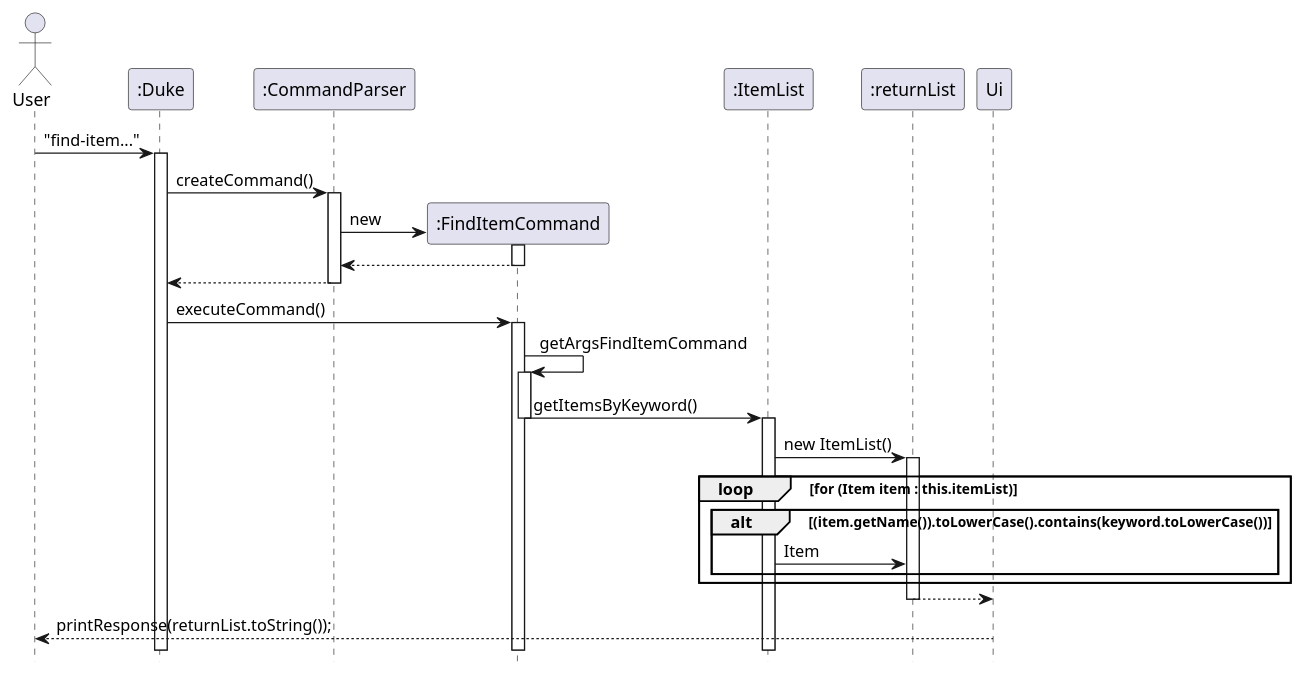
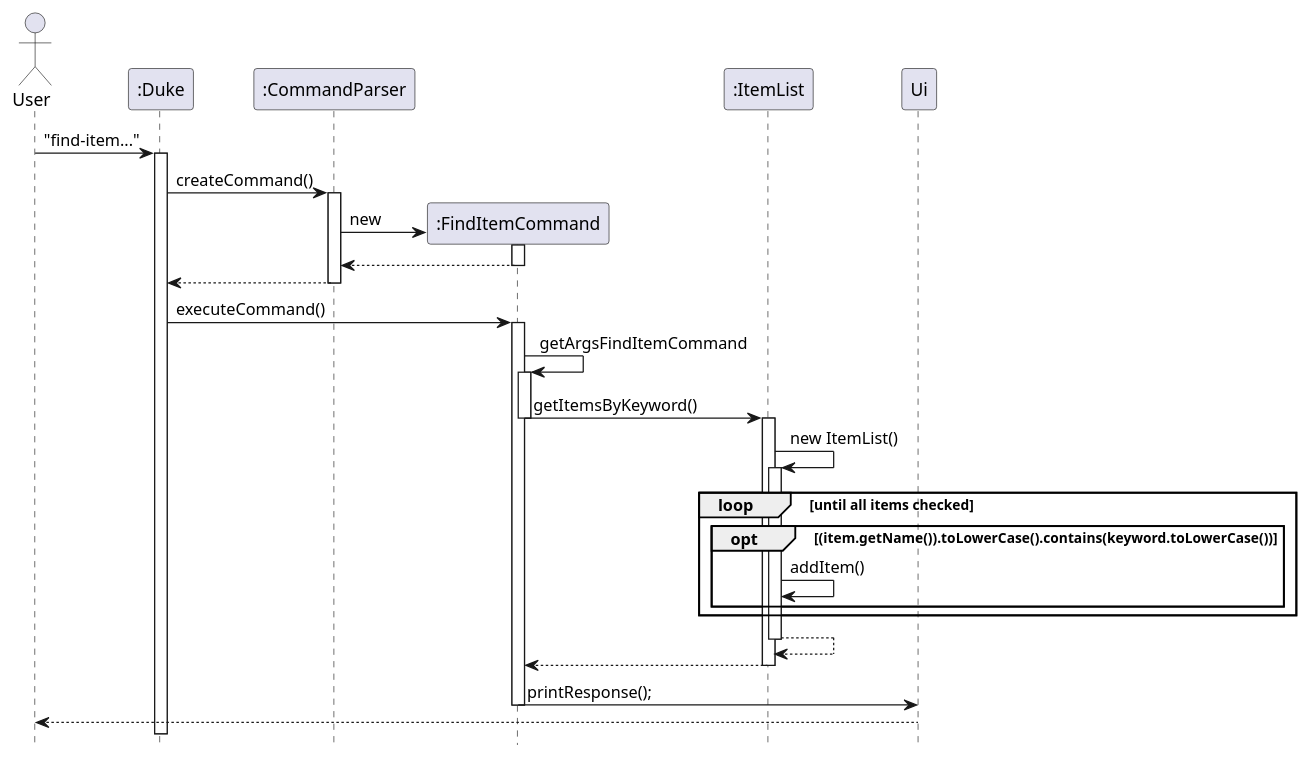
One commit to nus-cs2113-AY2223S1/tp changed the diagram in docs/diagrams/item/FindItemByKeywordSequence.puml. Above: the diagram before and after it, drawn with PlantUML. The commit also changed 4 other files, not shown here.

```diff
--- a/docs/diagrams/item/FindItemByKeywordSequence.puml
+++ b/docs/diagrams/item/FindItemByKeywordSequence.puml
@@ -1,34 +1,36 @@
 @startuml
 hide footbox
 
 Actor User
 "User" -> ":Duke": "find-item..."
 activate ":Duke"
 ":Duke" -> ":CommandParser": createCommand()
 activate ":CommandParser"
 ":CommandParser" -> ":FindItemCommand"**: new
 activate ":FindItemCommand"
 return
 ":CommandParser" --> ":Duke"
 deactivate
 
 ":Duke" -> ":FindItemCommand" : executeCommand()
 activate ":FindItemCommand"
 ":FindItemCommand" -> ":FindItemCommand" : getArgsFindItemCommand
 activate ":FindItemCommand"
 ":FindItemCommand" -> ":ItemList" : getItemsByKeyword()
 deactivate ":FindItemCommand"
 activate ":ItemList"
-":ItemList" -> ":returnList" : new ItemList()
-activate ":returnList"
-    loop for (Item item : this.itemList)
-        alt (item.getName()).toLowerCase().contains(keyword.toLowerCase())
-            ":ItemList" -> ":returnList" : Item
+":ItemList" -> ":ItemList" : new ItemList()
+activate ":ItemList"
+    loop until all items checked
+        opt (item.getName()).toLowerCase().contains(keyword.toLowerCase())
+            ":ItemList" -> ":ItemList" : addItem()
         end
     end
-":returnList" --> Ui
-deactivate ":returnList"
-Ui --> User: printResponse(returnList.toString());
+return
+return
+":FindItemCommand" -> "Ui": printResponse();
+deactivate ":FindItemCommand"
+Ui --> User:
 
 
 @enduml
```
